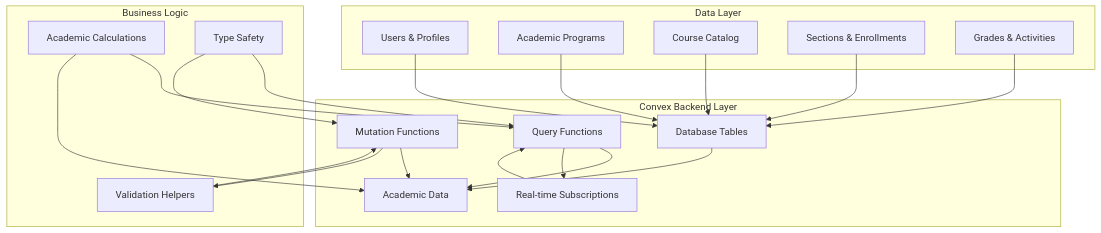
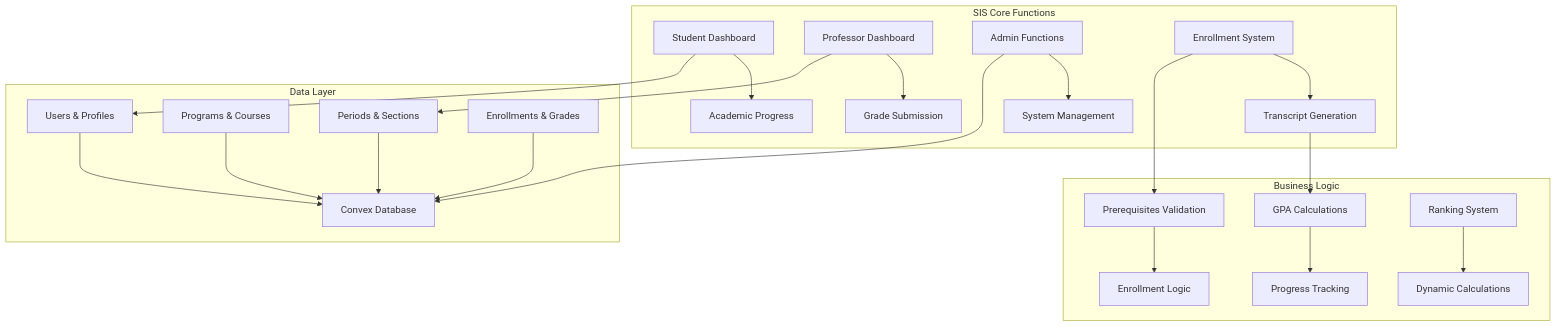
One commit to cpmappstudio/dismissal-app changed the first of 2 diagrams in convex/README.md. Above: the diagram before and after it, drawn with Mermaid. The commit also changed other lines of this file and 4 other files, not shown here.

````diff
--- a/convex/README.md
+++ b/convex/README.md
@@ -9,28 +16,28 @@
 ```mermaid
 graph TB
-    subgraph "Convex Backend Layer"
-        A[Query Functions] --> B[Academic Data]
-        C[Mutation Functions] --> B
-        D[Database Tables] --> B
-        E[Real-time Subscriptions] --> A
+    subgraph "SIS Core Functions"
+        A[Student Dashboard] --> B[Academic Progress]
+        C[Professor Dashboard] --> D[Grade Submission] 
+        E[Admin Functions] --> F[System Management]
+        G[Enrollment System] --> H[Transcript Generation]
     end
     
     subgraph "Data Layer"
-        F[Users & Profiles] --> D
-        G[Academic Programs] --> D
-        H[Course Catalog] --> D
-        I[Sections & Enrollments] --> D
-        J[Grades & Activities] --> D
+        I[Users & Profiles] --> J[Convex Database]
+        K[Programs & Courses] --> J
+        L[Periods & Sections] --> J
+        M[Enrollments & Grades] --> J
     end
     
     subgraph "Business Logic"
-        K[Validation Helpers] --> C
-        L[Academic Calculations] --> A
-        M[Type Safety] --> A
-        M --> C
+        N[Prerequisites Validation] --> O[Enrollment Logic]
+        P[GPA Calculations] --> Q[Progress Tracking]
+        R[Ranking System] --> S[Dynamic Calculations]
     end
     
-    A --> E
-    C --> K
-    L --> B
+    A --> I
+    C --> L  
+    E --> J
+    G --> N
+    H --> P
 ```
````
